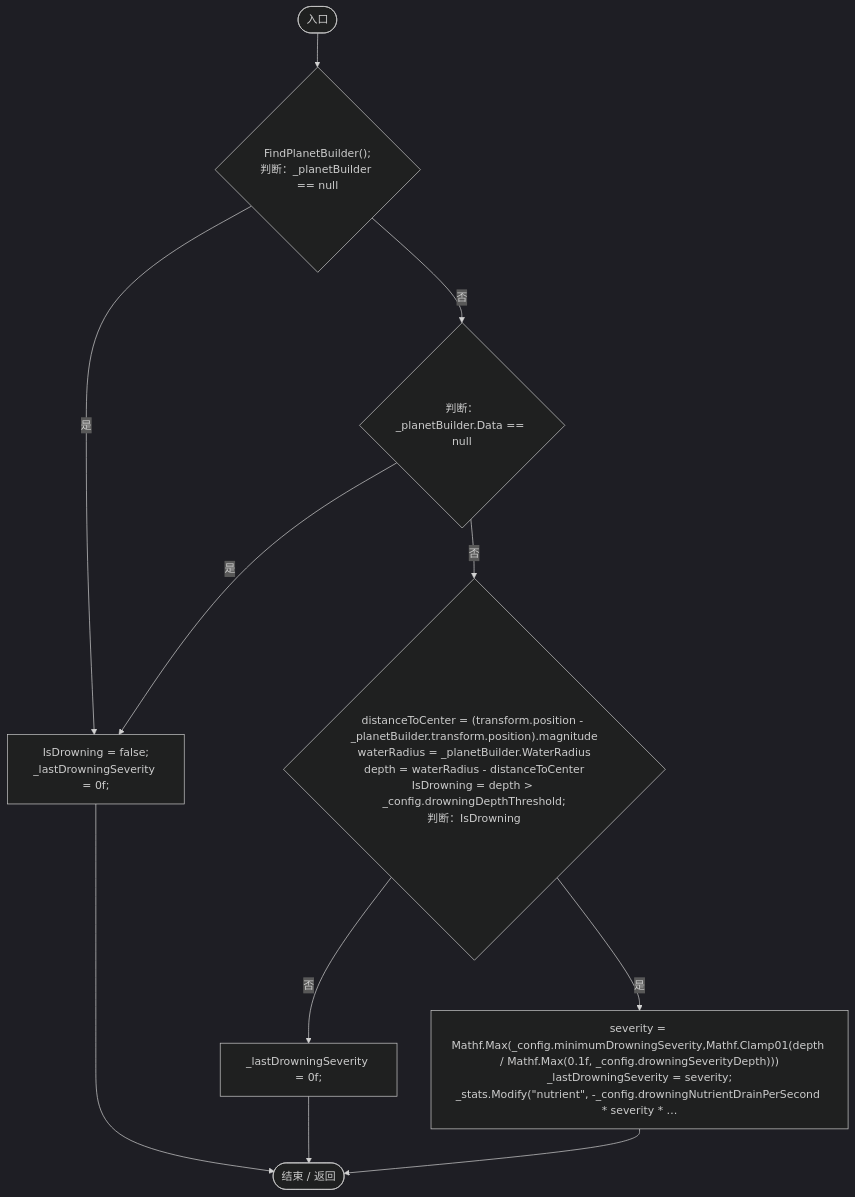
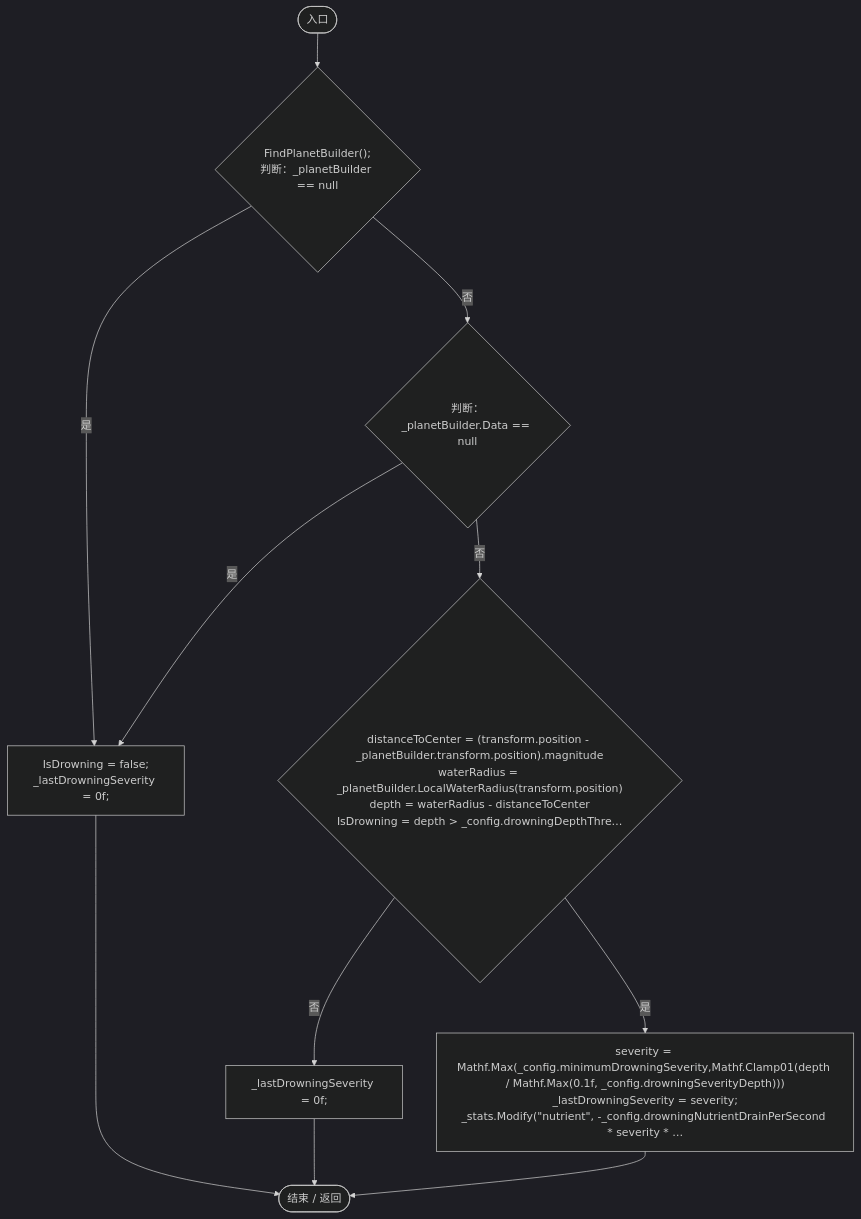
Before and after one commit to xhs6666/Darwin_paradise: diagram 16 of 22 in Docs/运行流程图/脚本/5c434d0ba85333b1.md, drawn with Mermaid (dark theme). The commit also changed other lines of this file and 229 other files, not shown here.

````diff
--- a/Docs/运行流程图/脚本/5c434d0ba85333b1.md
+++ b/Docs/运行流程图/脚本/5c434d0ba85333b1.md
@@ -481,22 +481,22 @@
 ```mermaid
 flowchart TD
   b0(["入口"])
   b1{"FindPlanetBuilder();<br/>判断：_planetBuilder == null"}
   b2{"判断：_planetBuilder.Data == null"}
   b3["IsDrowning = false;<br/>_lastDrowningSeverity = 0f;"]
-  b4{"distanceToCenter = (transform.position - _planetBuilder.transform.position).magnitude<br/>waterRadius = _planetBuilder.WaterRadius<br/>depth = waterRadius - distanceToCenter<br/>IsDrowning = depth &gt; _config.drowningDepthThreshold;<br/>判断：IsDrowning"}
+  b4{"distanceToCenter = (transform.position - _planetBuilder.transform.position).magnitude<br/>waterRadius = _planetBuilder.LocalWaterRadius(transform.position)<br/>depth = waterRadius - distanceToCenter<br/>IsDrowning = depth &gt; _config.drowningDepthThre…"}
   b5["_lastDrowningSeverity = 0f;"]
   b6["severity = Mathf.Max(_config.minimumDrowningSeverity,Mathf.Clamp01(depth / Mathf.Max(0.1f, _config.drowningSeverityDepth)))<br/>_lastDrowningSeverity = severity;<br/>_stats.Modify(&quot;nutrient&quot;, -_config.drowningNutrientDrainPerSecond * severity * …"]
   b7(["结束 / 返回"])
   b0 --> b1
   b1 -->|"否"| b2
   b1 -->|"是"| b3
   b2 -->|"是"| b3
   b2 -->|"否"| b4
   b3 --> b7
   b4 -->|"否"| b5
   b4 -->|"是"| b6
   b5 --> b7
   b6 --> b7
 
 ```
````
